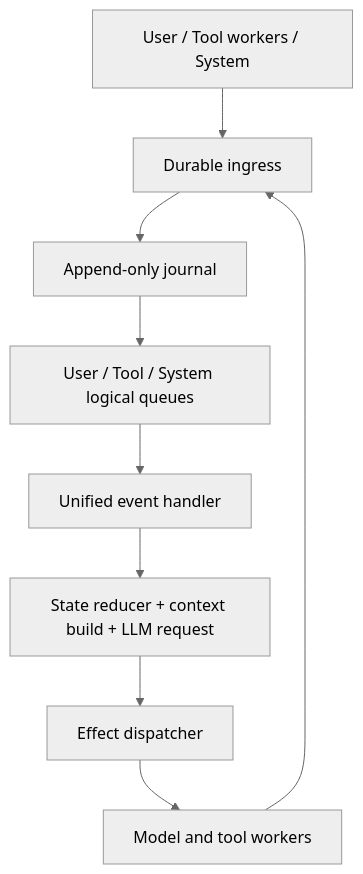
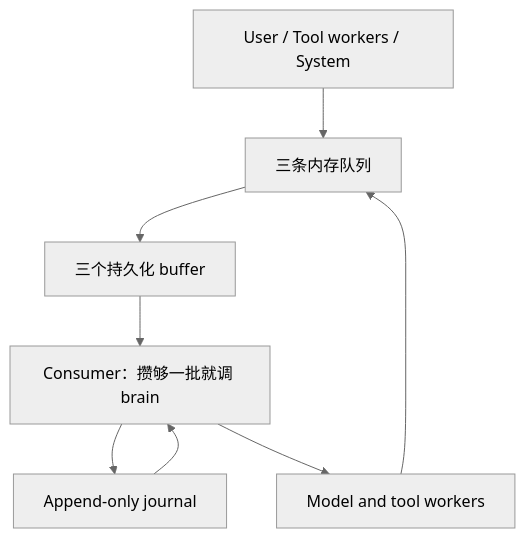
The diagram in spec/overview.md (HymioSpace/Oath), drawn with Mermaid (neutral theme) before and after one commit. The commit also changed other lines of this file and 37 other files, not shown here.

First line of the commit message:
refactor(agent)!: 入站改成 queue → buffer → brain，journal 只由 brain 写

````diff
--- a/spec/overview.md
+++ b/spec/overview.md
@@ -44,11 +44,10 @@
 ```mermaid
 flowchart TD
-    Sources[User / Tool workers / System] --> Inbox[Durable ingress]
-    Inbox --> Log[Append-only journal]
-    Log --> Queues[User / Tool / System logical queues]
-    Queues --> Handler[Unified event handler]
-    Handler --> Step[State reducer + context build + LLM request]
-    Step --> Dispatch[Effect dispatcher]
-    Dispatch --> Workers[Model and tool workers]
-    Workers --> Inbox
+    Sources[User / Tool workers / System] --> Queues[三条内存队列]
+    Queues --> Buffer[三个持久化 buffer]
+    Buffer --> Step[Consumer：攒够一批就调 brain]
+    Step --> Log[Append-only journal]
+    Log --> Step
+    Step --> Workers[Model and tool workers]
+    Workers --> Queues
 ```
````
